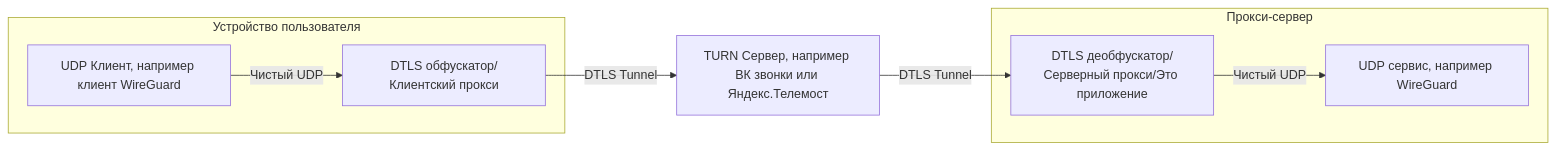
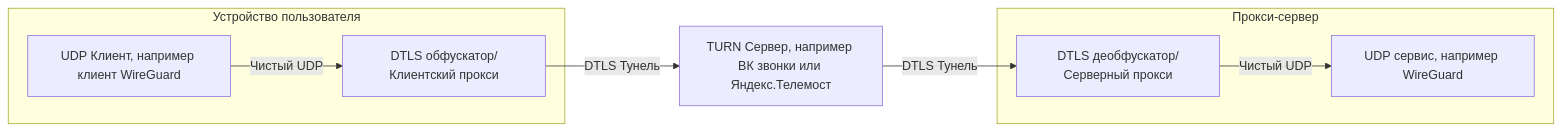
The diagram in README.md (Urtyom-Alyanov/turn-proxy), drawn with Mermaid before and after one commit. The commit also changed other lines of this file and 1 other file, not shown here.

````diff
--- a/README.md
+++ b/README.md
@@ -26,11 +46,11 @@
 ```mermaid
 graph LR
-    subgraph Устройство пользователя
-        A[UDP Клиент, например клиент WireGuard] -- Чистый UDP  --> B[DTLS обфускатор/Клиентский прокси]
-    end
-    B -- DTLS Tunnel --> C[TURN Сервер, например ВК звонки или Яндекс.Телемост]
-    C -- DTLS Tunnel --> D[DTLS деобфускатор/Серверный прокси/Это приложение]
-    subgraph Прокси-сервер
-        D -- Чистый UDP --> E[UDP сервис, например WireGuard]
-    end
+  subgraph Устройство пользователя
+    A[UDP Клиент, например клиент WireGuard] -- Чистый UDP  --> B[DTLS обфускатор/Клиентский прокси]
+  end
+  B -- DTLS Тунель --> C[TURN Сервер, например ВК звонки или Яндекс.Телемост]
+  C -- DTLS Тунель --> D[DTLS деобфускатор/Серверный прокси]
+  subgraph Прокси-сервер
+    D -- Чистый UDP --> E[UDP сервис, например WireGuard]
+  end
 ```
````
